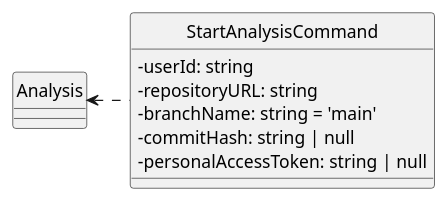
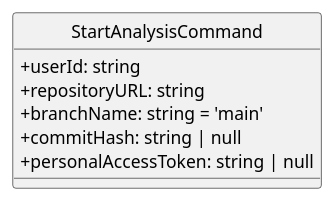
The diagram in assets/st_diagrams/code/plantuml/analysis/application/commands/startAnalysisCommand.command.plantuml (SkarabGroup/DocumentazioneProgetto), drawn with PlantUML before and after one commit. The commit also changed 6 other files, not shown here.

```diff
--- a/assets/st_diagrams/code/plantuml/analysis/application/commands/startAnalysisCommand.command.plantuml
+++ b/assets/st_diagrams/code/plantuml/analysis/application/commands/startAnalysisCommand.command.plantuml
@@ -1,20 +1,17 @@
 @startuml StartAnalysisCommand
 
 skinparam componentStyle uml2.5
 skinparam linetype ortho
 skinparam nodesep auto
 skinparam ranksep 70
 skinparam ClassAttributeIconSize 0
 hide circles
 
 class StartAnalysisCommand {
-    - userId: string
-    - repositoryURL: string
-    - branchName: string = 'main'
-    - commitHash: string | null
-    - personalAccessToken: string | null
+    + userId: string
+    + repositoryURL: string
+    + branchName: string = 'main'
+    + commitHash: string | null
+    + personalAccessToken: string | null
 }
-
-
-StartAnalysisCommand ..left-> Analysis
 @enduml
```
